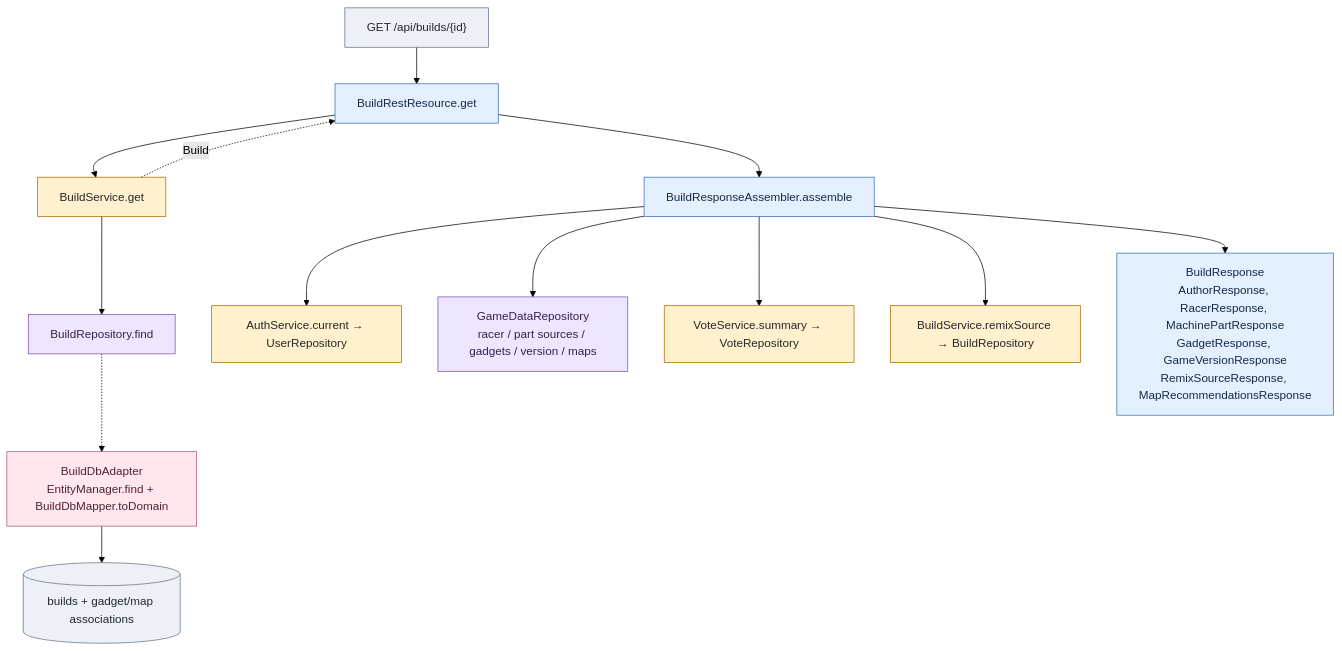
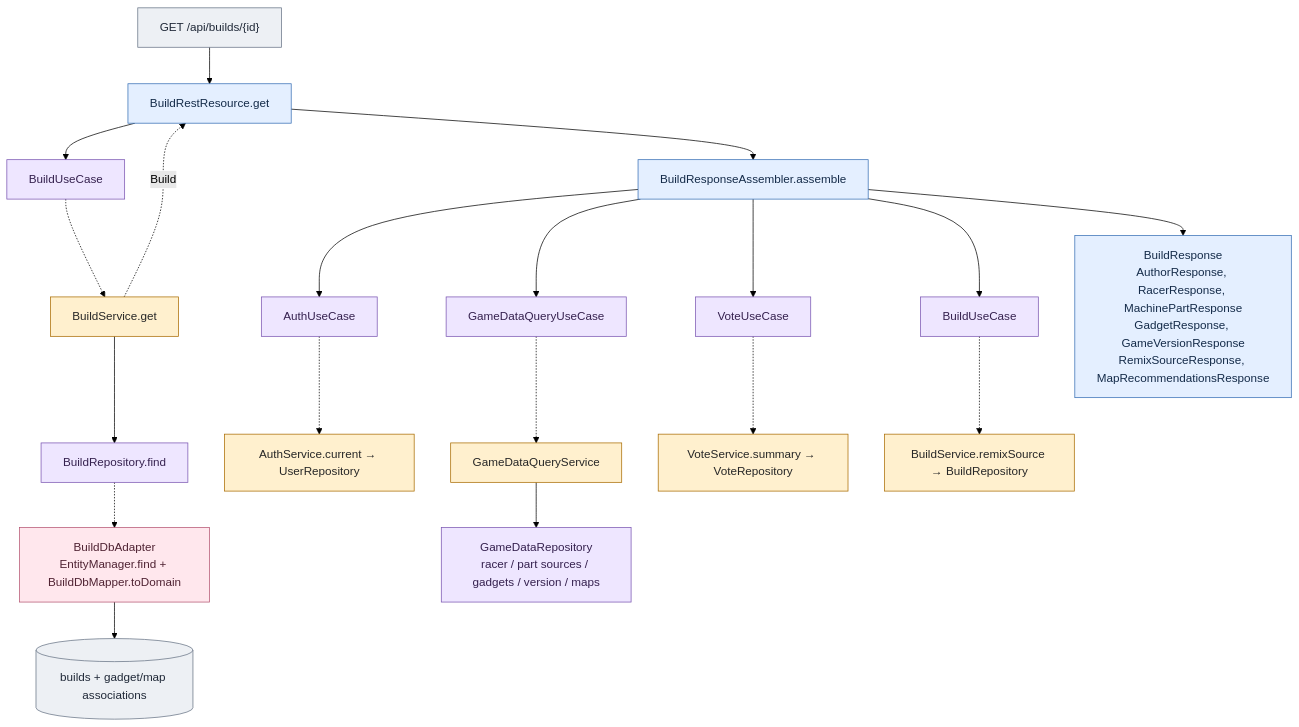
One commit to alexungu04genoff/RingLab changed the seventh of 31 diagrams in docs/architecture-atlas.md. Above: the diagram before and after it, drawn with Mermaid (forest theme). The commit also changed other lines of this file and 100 other files, not shown here.

````diff
--- a/docs/architecture-atlas.md
+++ b/docs/architecture-atlas.md
@@ -397,20 +418,20 @@
 ```mermaid
 flowchart TB
   h["GET /api/builds/{id}"]:::outside --> r["BuildRestResource.get"]:::rest
-  r --> s["BuildService.get"]:::app
+  r --> input["BuildUseCase"]:::port -.-> s["BuildService.get"]:::app
   s --> p["BuildRepository.find"]:::port
   p -.-> a["BuildDbAdapter<br/>EntityManager.find + BuildDbMapper.toDomain"]:::adapter
   a --> t[("builds + gadget/map associations")]:::outside
   s -.->|"Build"| r
   r --> x["BuildResponseAssembler.assemble"]:::rest
-  x --> u["AuthService.current → UserRepository"]:::app
-  x --> g["GameDataRepository<br/>racer / part sources / gadgets / version / maps"]:::port
-  x --> v["VoteService.summary → VoteRepository"]:::app
-  x --> remix["BuildService.remixSource → BuildRepository"]:::app
+  x --> auth["AuthUseCase"]:::port -.-> u["AuthService.current → UserRepository"]:::app
+  x --> catalog["GameDataQueryUseCase"]:::port -.-> query["GameDataQueryService"]:::app --> g["GameDataRepository<br/>racer / part sources / gadgets / version / maps"]:::port
+  x --> votes["VoteUseCase"]:::port -.-> v["VoteService.summary → VoteRepository"]:::app
+  x --> remixes["BuildUseCase"]:::port -.-> remix["BuildService.remixSource → BuildRepository"]:::app
   x --> dto["BuildResponse<br/>AuthorResponse, RacerResponse, MachinePartResponse<br/>GadgetResponse, GameVersionResponse<br/>RemixSourceResponse, MapRecommendationsResponse"]:::rest
   classDef rest fill:#e4efff,stroke:#356db4,color:#142b49
   classDef app fill:#fff0ce,stroke:#a96b00,color:#272727
   classDef port fill:#eee6ff,stroke:#7954b1,color:#35214f
   classDef adapter fill:#ffe7ed,stroke:#b45370,color:#502333
   classDef outside fill:#edf0f4,stroke:#657184,color:#202938
 ```
````
